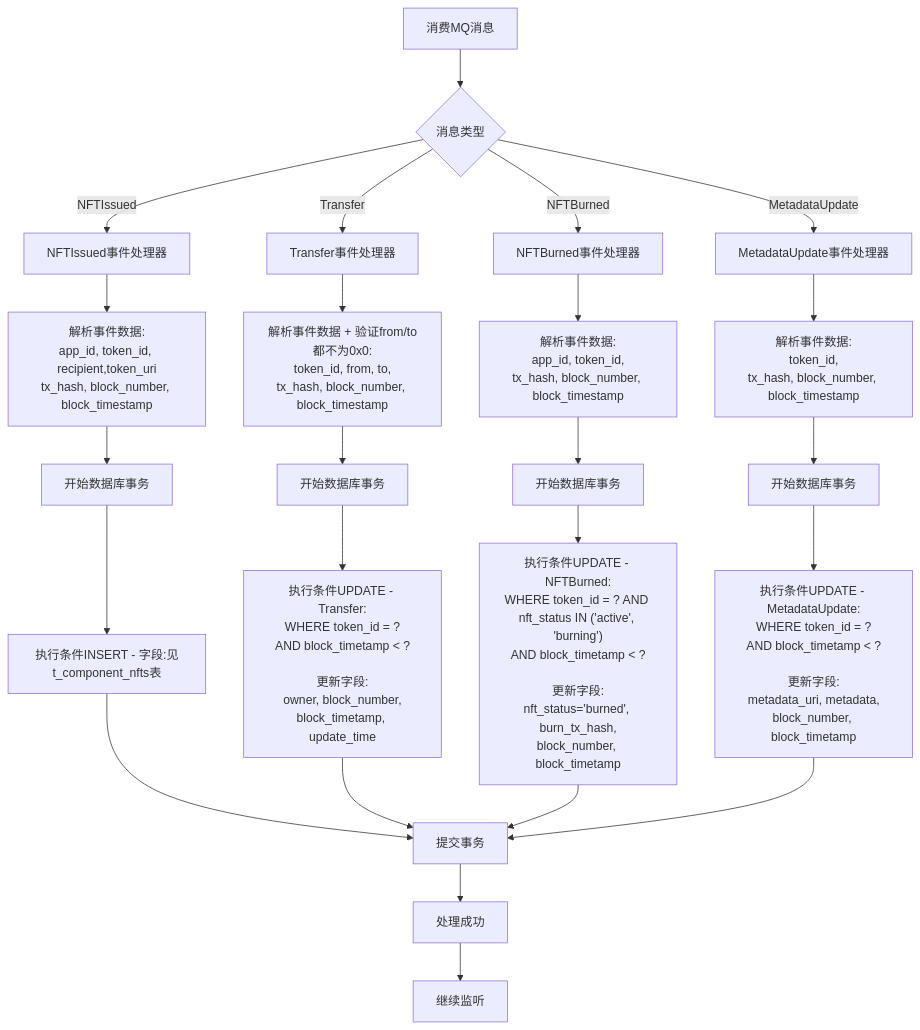
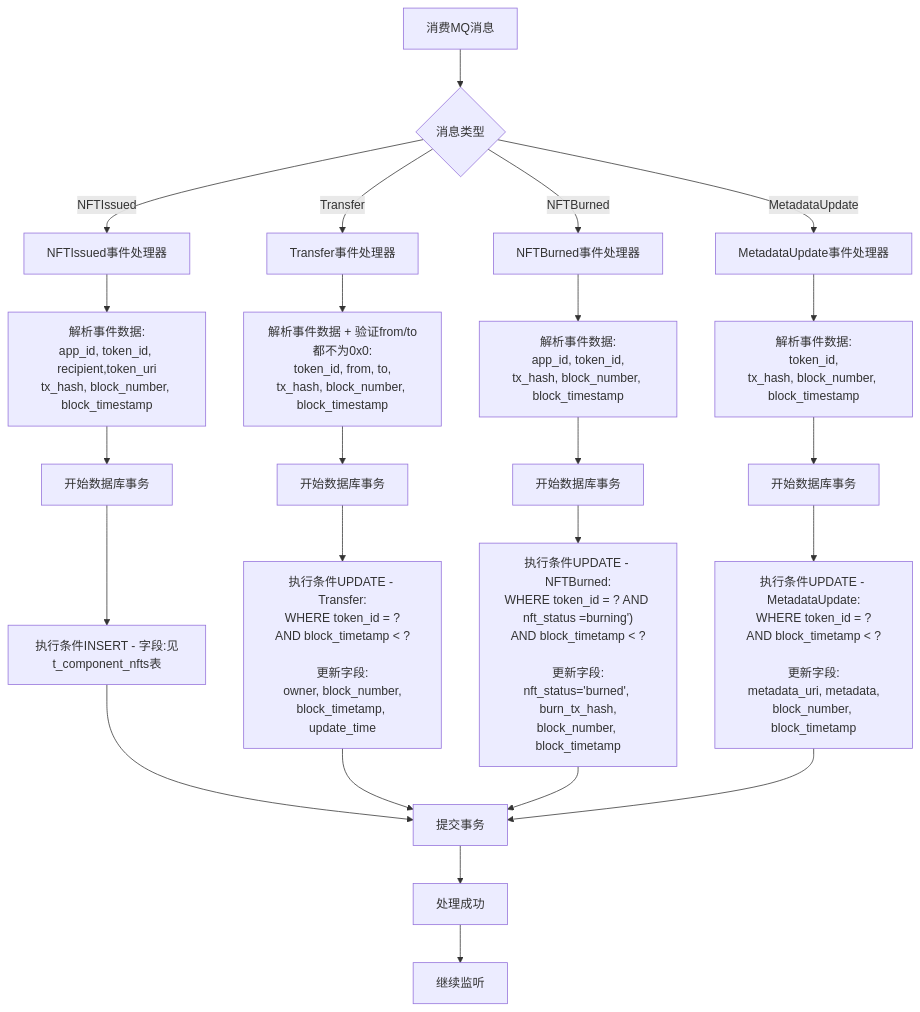
One commit to yingjianzh/iodraw-files changed the diagram in all/未命名-77.md. Above: the diagram before and after it, drawn with Mermaid.

Commit message:
2025-07-08 11:37:59 update

````diff
--- a/all/未命名-77.md
+++ b/all/未命名-77.md
@@ -1,40 +1,40 @@
 ```mermaid
 
 flowchart TD
     A[消费MQ消息] --> B{消息类型}
     
     %% 四种事件类型
     B -->|NFTIssued| C[NFTIssued事件处理器]
     B -->|Transfer| D[Transfer事件处理器]
     B -->|NFTBurned| E[NFTBurned事件处理器]
     B -->|MetadataUpdate| F[MetadataUpdate事件处理器]
     
     %% 解析事件数据
     C --> G["解析事件数据:<br/>app_id, token_id, recipient,token_uri<br/>tx_hash, block_number, block_timestamp"]
     D --> H["解析事件数据 + 验证from/to都不为0x0:<br/>token_id, from, to,<br/>tx_hash, block_number, block_timestamp"]
     E --> I["解析事件数据:<br/>app_id, token_id,<br/>tx_hash, block_number, block_timestamp"]
     F --> J["解析事件数据:<br/>token_id,<br/>tx_hash, block_number, block_timestamp"]
     
     G --> K[开始数据库事务]
     H --> L[开始数据库事务]
     I --> M[开始数据库事务]
     J --> N[开始数据库事务]
     
     K --> O["执行条件INSERT - 字段:见t_component_nfts表"]
     
     L --> P["执行条件UPDATE - Transfer:<br/>WHERE token_id = ?<br/>AND block_timetamp < ?<br/><br/>更新字段:<br/>owner, block_number,<br/>block_timetamp, update_time"]
     
-    M --> Q["执行条件UPDATE - NFTBurned:<br/>WHERE token_id = ? AND nft_status IN ('active', 'burning')<br/>AND block_timetamp < ?<br/><br/>更新字段:<br/>nft_status='burned', burn_tx_hash,<br/>block_number, block_timetamp"]
+    M --> Q["执行条件UPDATE - NFTBurned:<br/>WHERE token_id = ? AND nft_status =burning')<br/>AND block_timetamp < ?<br/><br/>更新字段:<br/>nft_status='burned', burn_tx_hash,<br/>block_number, block_timetamp"]
     
     N --> R["执行条件UPDATE - MetadataUpdate:<br/>WHERE token_id = ?<br/>AND block_timetamp < ?<br/><br/>更新字段:<br/>metadata_uri, metadata,<br/>block_number, block_timetamp"]
     
     O --> V[提交事务]
     P --> V
     Q --> V
     R --> V
     
     V --> X[处理成功]
     
     X --> Z[继续监听]
 
 ```
````
